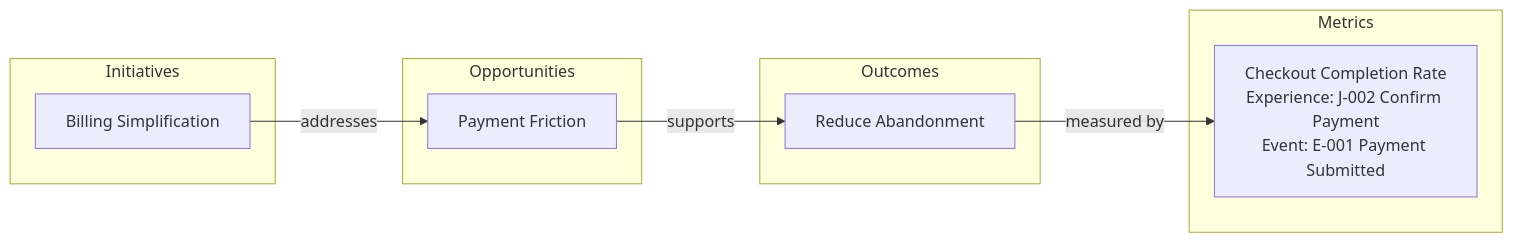
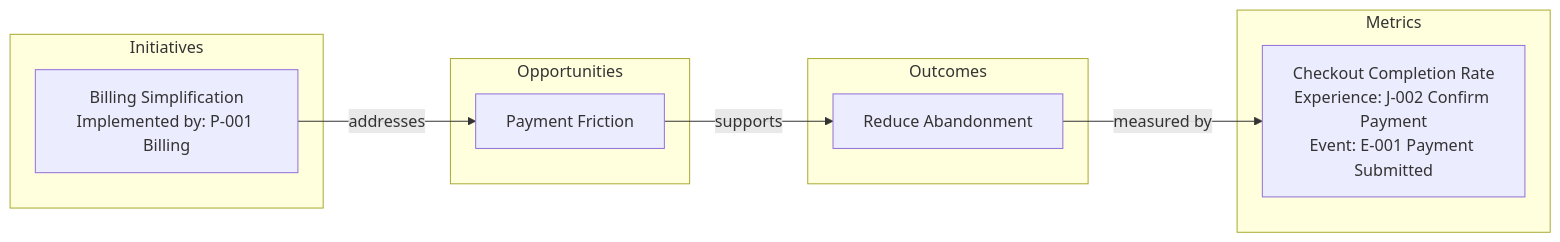
Before and after one commit to knutopia/Structured-Design-Documents: the diagram in examples/rendered/v0.1/outcome_opportunity_map_diagram_type/outcome_to_ia_trace_example/strict_profile/outcome_to_ia_trace.outcome_opportunity_map.mmd, drawn with Mermaid. The commit also changed 77 other files, not shown here.

```diff
--- a/examples/rendered/v0.1/outcome_opportunity_map_diagram_type/outcome_to_ia_trace_example/strict_profile/outcome_to_ia_trace.outcome_opportunity_map.mmd
+++ b/examples/rendered/v0.1/outcome_opportunity_map_diagram_type/outcome_to_ia_trace_example/strict_profile/outcome_to_ia_trace.outcome_opportunity_map.mmd
@@ -1,16 +1,16 @@
 flowchart LR
   subgraph n_initiative["Initiatives"]
-    n_I_001["Billing Simplification"]
+    n_I_001["Billing Simplification<br/>Implemented by: P-001 Billing"]
   end
   subgraph n_opportunity["Opportunities"]
     n_OP_001["Payment Friction"]
   end
   subgraph n_outcome["Outcomes"]
     n_O_001["Reduce Abandonment"]
   end
   subgraph n_metric["Metrics"]
     n_M_001["Checkout Completion Rate<br/>Experience: J-002 Confirm Payment<br/>Event: E-001 Payment Submitted"]
   end
   n_I_001 -->|addresses| n_OP_001
   n_O_001 -->|measured by| n_M_001
   n_OP_001 -->|supports| n_O_001
```
